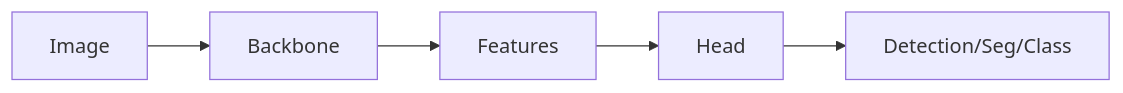
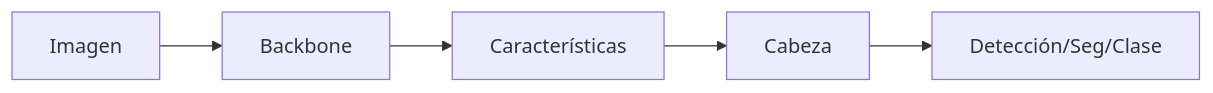
Before and after one commit to EmersonBraun/ai-summary-hub: the diagram in i18n/es/docusaurus-plugin-content-docs/current/cv/index.md, drawn with Mermaid. The commit also changed other lines of this file and 230 other files, not shown here.

````diff
--- a/i18n/es/docusaurus-plugin-content-docs/current/cv/index.md
+++ b/i18n/es/docusaurus-plugin-content-docs/current/cv/index.md
@@ -17,7 +19,7 @@
 ```mermaid
 flowchart LR
-  Image[Image] --> Backbone[Backbone]
-  Backbone --> Features[Features]
-  Features --> Head[Head]
-  Head --> Output["Detection/Seg/Class"]
+  Image[Imagen] --> Backbone[Backbone]
+  Backbone --> Features[Características]
+  Features --> Head[Cabeza]
+  Head --> Output["Detección/Seg/Clase"]
 ```
````
